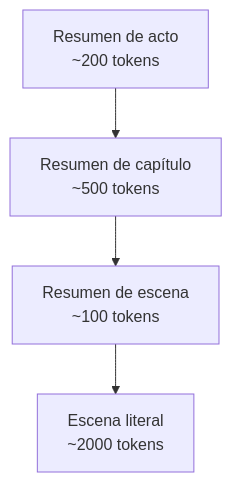
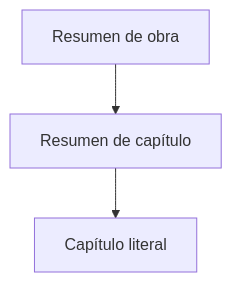
One commit to BrunoCrz3/MyStory changed diagram 13 of 21 in docs/domain-knowledge.md. Above: the diagram before and after it, drawn with Mermaid. The commit also changed other lines of this file and 5 other files, not shown here.

````diff
--- a/docs/domain-knowledge.md
+++ b/docs/domain-knowledge.md
@@ -265,6 +265,5 @@
 ```mermaid
 flowchart TD
-  ACT[Resumen de acto<br/>~200 tokens] --> CAP[Resumen de capítulo<br/>~500 tokens]
-  CAP --> RES[Resumen de escena<br/>~100 tokens]
-  RES --> ESC[Escena literal<br/>~2000 tokens]
+  OBR[Resumen de obra] --> CAP[Resumen de capítulo]
+  CAP --> LIT[Capítulo literal]
 ```
````
